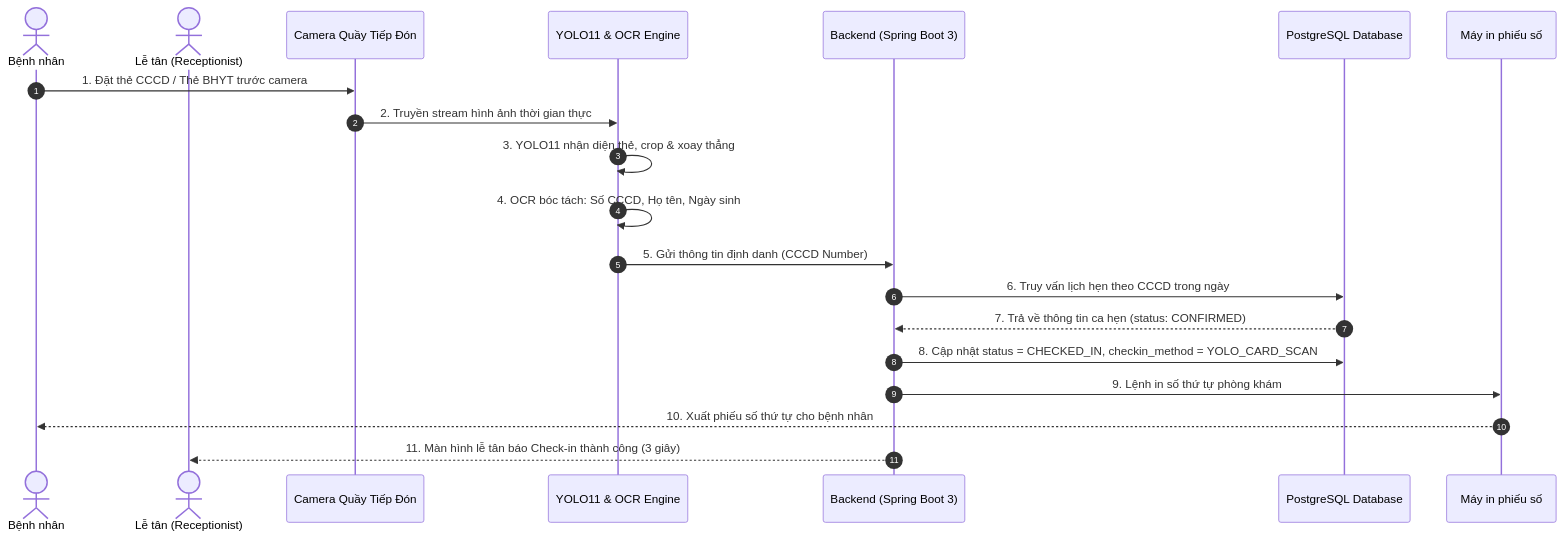
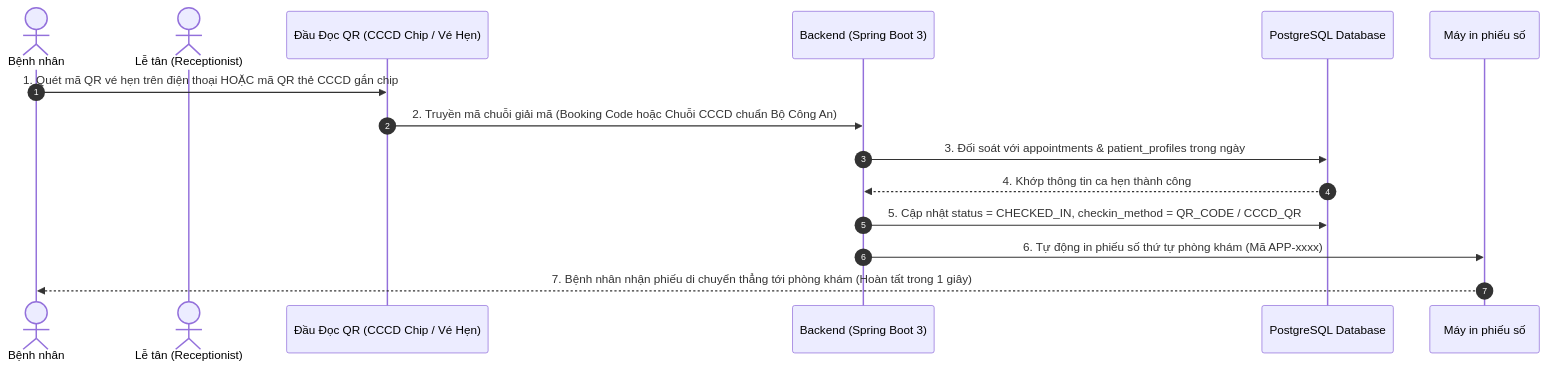
One commit to kietphuchau-create/KeHoach_Js2 changed the second of 3 diagrams in 03_Luong_Chinh/Luong_Nghiep_Vu_Chinh.md. Above: the diagram before and after it, drawn with Mermaid. The commit also changed other lines of this file and 16 other files, not shown here.

Commit message:
feat: initialize database schema and add comprehensive project requirement documentation

````diff
--- a/03_Luong_Chinh/Luong_Nghiep_Vu_Chinh.md
+++ b/03_Luong_Chinh/Luong_Nghiep_Vu_Chinh.md
@@ -83,23 +57,18 @@
 ```mermaid
 sequenceDiagram
     autonumber
     actor P as Bệnh nhân
     actor R as Lễ tân (Receptionist)
-    participant CAM as Camera Quầy Tiếp Đón
-    participant CV as YOLO11 & OCR Engine
+    participant SCN as Đầu Đọc QR (CCCD Chip / Vé Hẹn)
     participant BE as Backend (Spring Boot 3)
     participant DB as PostgreSQL Database
     participant PRN as Máy in phiếu số
 
-    P->>CAM: 1. Đặt thẻ CCCD / Thẻ BHYT trước camera
-    CAM->>CV: 2. Truyền stream hình ảnh thời gian thực
-    CV->>CV: 3. YOLO11 nhận diện thẻ, crop & xoay thẳng
-    CV->>CV: 4. OCR bóc tách: Số CCCD, Họ tên, Ngày sinh
-    CV->>BE: 5. Gửi thông tin định danh (CCCD Number)
-    BE->>DB: 6. Truy vấn lịch hẹn theo CCCD trong ngày
-    DB-->>BE: 7. Trả về thông tin ca hẹn (status: CONFIRMED)
-    BE->>DB: 8. Cập nhật status = CHECKED_IN, checkin_method = YOLO_CARD_SCAN
-    BE->>PRN: 9. Lệnh in số thứ tự phòng khám
-    PRN-->>P: 10. Xuất phiếu số thứ tự cho bệnh nhân
-    BE-->>R: 11. Màn hình lễ tân báo Check-in thành công (3 giây)
+    P->>SCN: 1. Quét mã QR vé hẹn trên điện thoại HOẶC mã QR thẻ CCCD gắn chip
+    SCN->>BE: 2. Truyền mã chuỗi giải mã (Booking Code hoặc Chuỗi CCCD chuẩn Bộ Công An)
+    BE->>DB: 3. Đối soát với appointments & patient_profiles trong ngày
+    DB-->>BE: 4. Khớp thông tin ca hẹn thành công
+    BE->>DB: 5. Cập nhật status = CHECKED_IN, checkin_method = QR_CODE / CCCD_QR
+    BE->>PRN: 6. Tự động in phiếu số thứ tự phòng khám (Mã APP-xxxx)
+    PRN-->>P: 7. Bệnh nhân nhận phiếu di chuyển thẳng tới phòng khám (Hoàn tất trong 1 giây)
 ```
````
